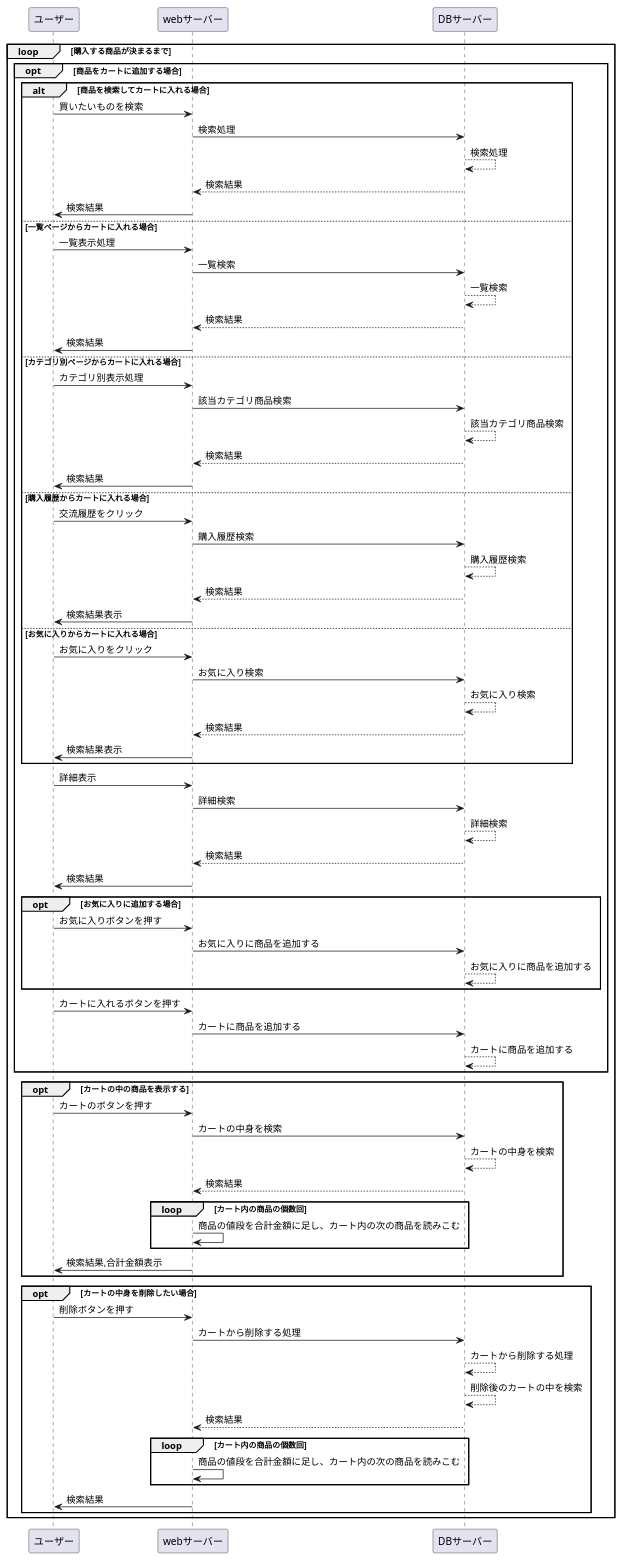
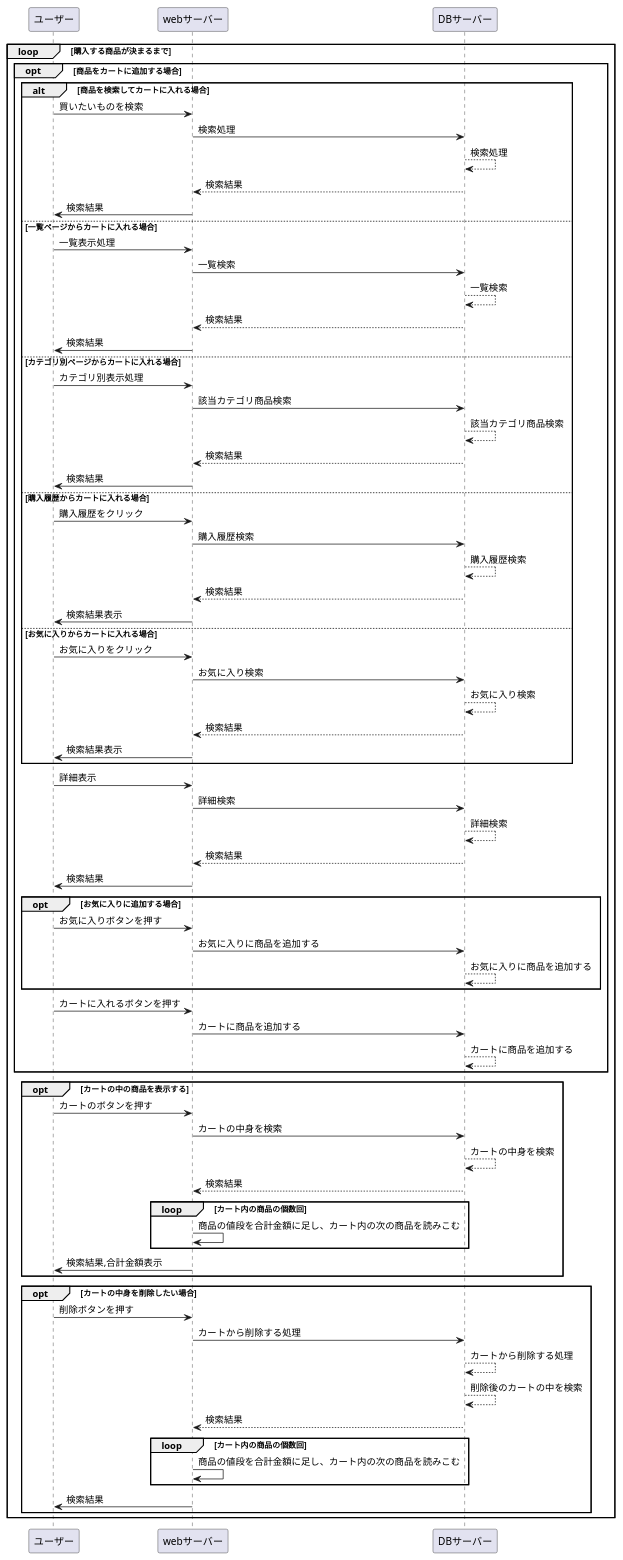
One commit to aso2001036/kaihatu changed the diagram in 業務フロー図/flow2.md. Above: the diagram before and after it, drawn with PlantUML.

```diff
--- a/業務フロー図/flow2.md
+++ b/業務フロー図/flow2.md
@@ -26,7 +26,7 @@
 webサーバー -> ユーザー :検索結果
 
 else 購入履歴からカートに入れる場合
-ユーザー -> webサーバー : 交流履歴をクリック
+ユーザー -> webサーバー : 購入履歴をクリック
 webサーバー -> DBサーバー: 購入履歴検索
 DBサーバー --> DBサーバー : 購入履歴検索
 DBサーバー --> webサーバー: 検索結果
```
